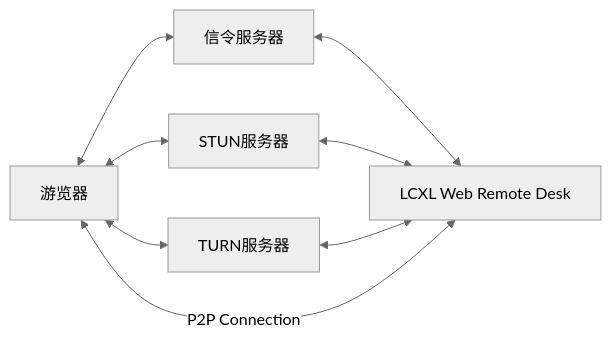
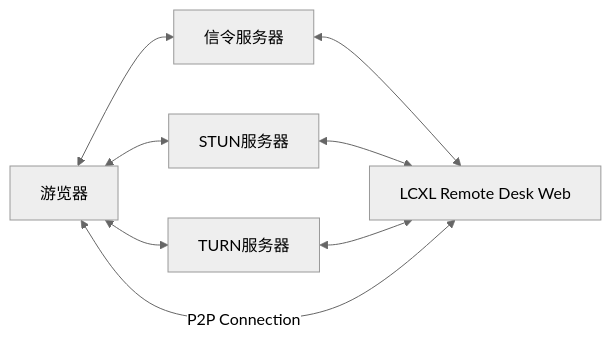
The first of 2 diagrams in README.md (lcxl-remote/lcxl-remote-desk-web), drawn with Mermaid (neutral theme) before and after one commit. The commit also changed other lines of this file and 2 other files, not shown here.

Commit message:
update signaling type

````diff
--- a/README.md
+++ b/README.md
@@ -9,8 +9,8 @@
 ```mermaid
 graph LR
     browser[游览器]<-->SignalingServer[信令服务器]
-    SignalingServer<-->desk[LCXL Web Remote Desk]
+    SignalingServer<-->desk[LCXL Remote Desk Web]
     browser<-->stun[STUN服务器]<-->desk
     browser<-->turn[TURN服务器]<-->desk
     browser<--P2P Connection-->desk
 ```
````
